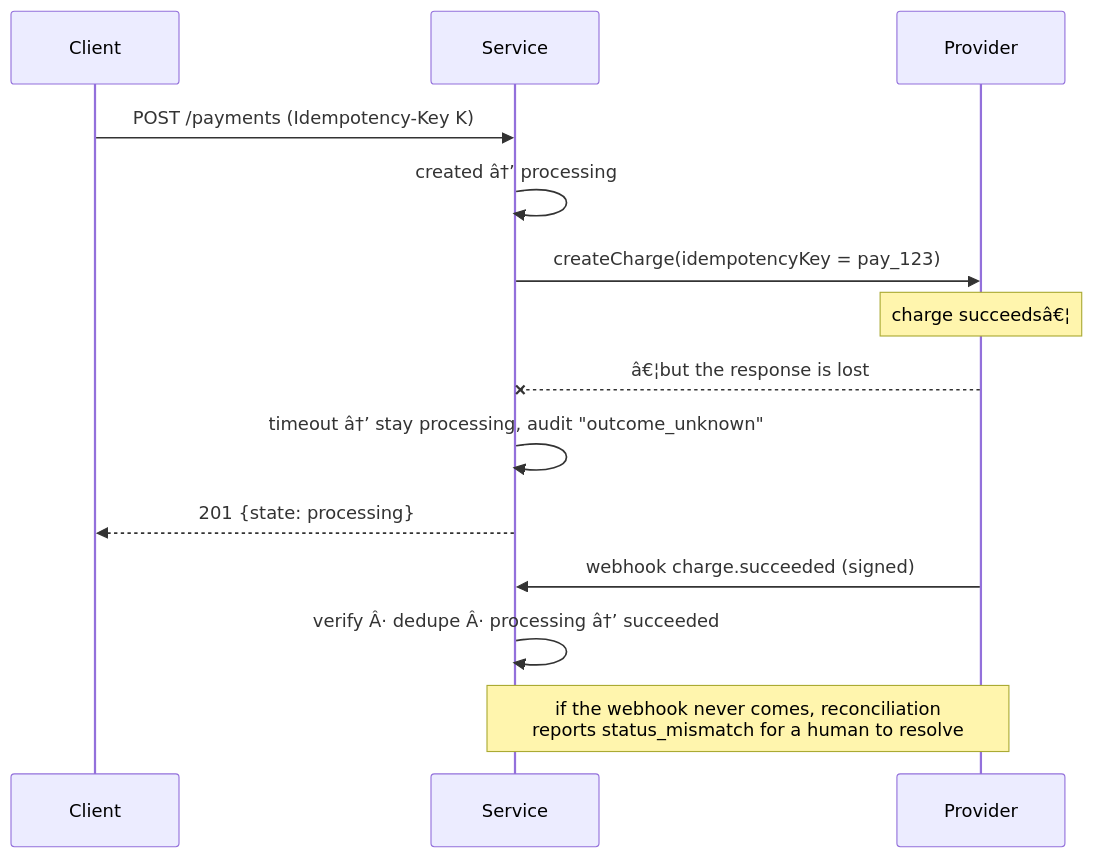
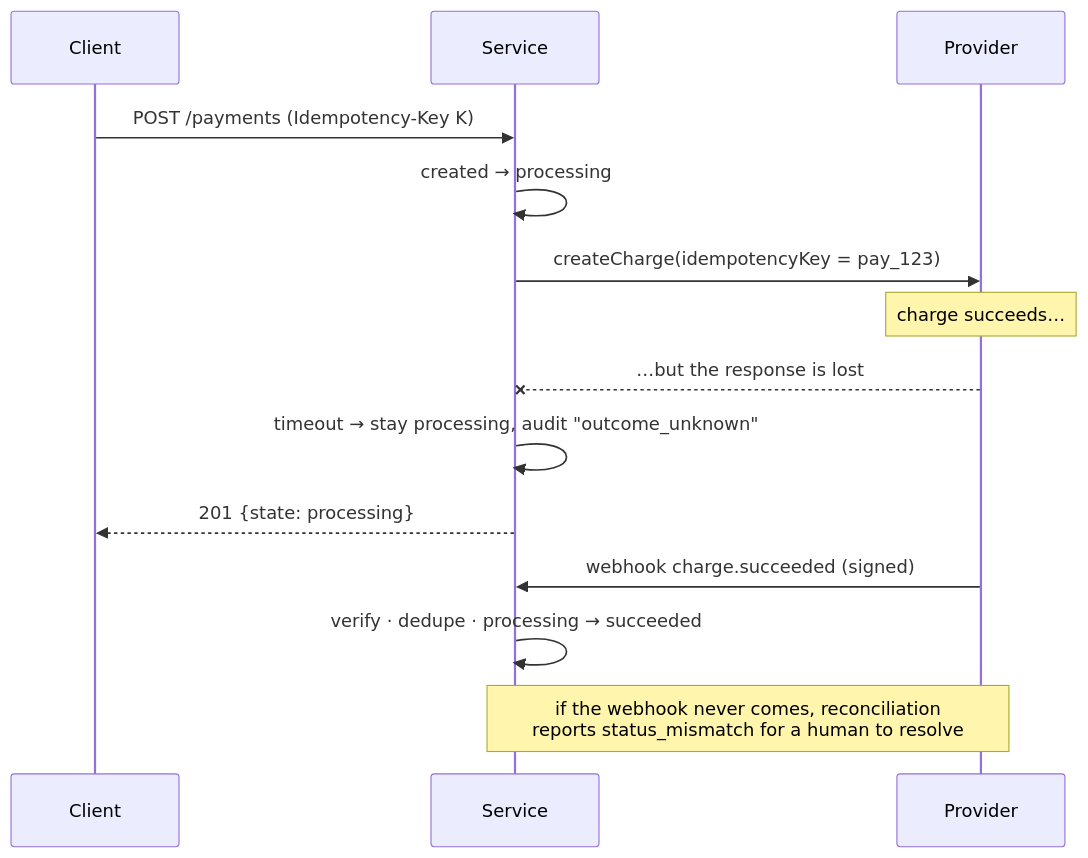
Before and after one commit to karthy1004/payments-reliability-lab: the third of 3 diagrams in README.md, drawn with Mermaid. The commit also changed other lines of this file, not shown here.

````diff
--- a/README.md
+++ b/README.md
@@ -112,16 +112,16 @@
 ```mermaid
 sequenceDiagram
     participant C as Client
     participant S as Service
     participant P as Provider
     C->>S: POST /payments (Idempotency-Key K)
-    S->>S: created â†’ processing
+    S->>S: created → processing
     S->>P: createCharge(idempotencyKey = pay_123)
-    Note over P: charge succeedsâ€¦
-    P--xS: â€¦but the response is lost
-    S->>S: timeout â†’ stay processing, audit "outcome_unknown"
+    Note over P: charge succeeds…
+    P--xS: …but the response is lost
+    S->>S: timeout → stay processing, audit "outcome_unknown"
     S-->>C: 201 {state: processing}
     P->>S: webhook charge.succeeded (signed)
-    S->>S: verify Â· dedupe Â· processing â†’ succeeded
+    S->>S: verify · dedupe · processing → succeeded
     Note over S,P: if the webhook never comes, reconciliation<br/>reports status_mismatch for a human to resolve
 ```
````
